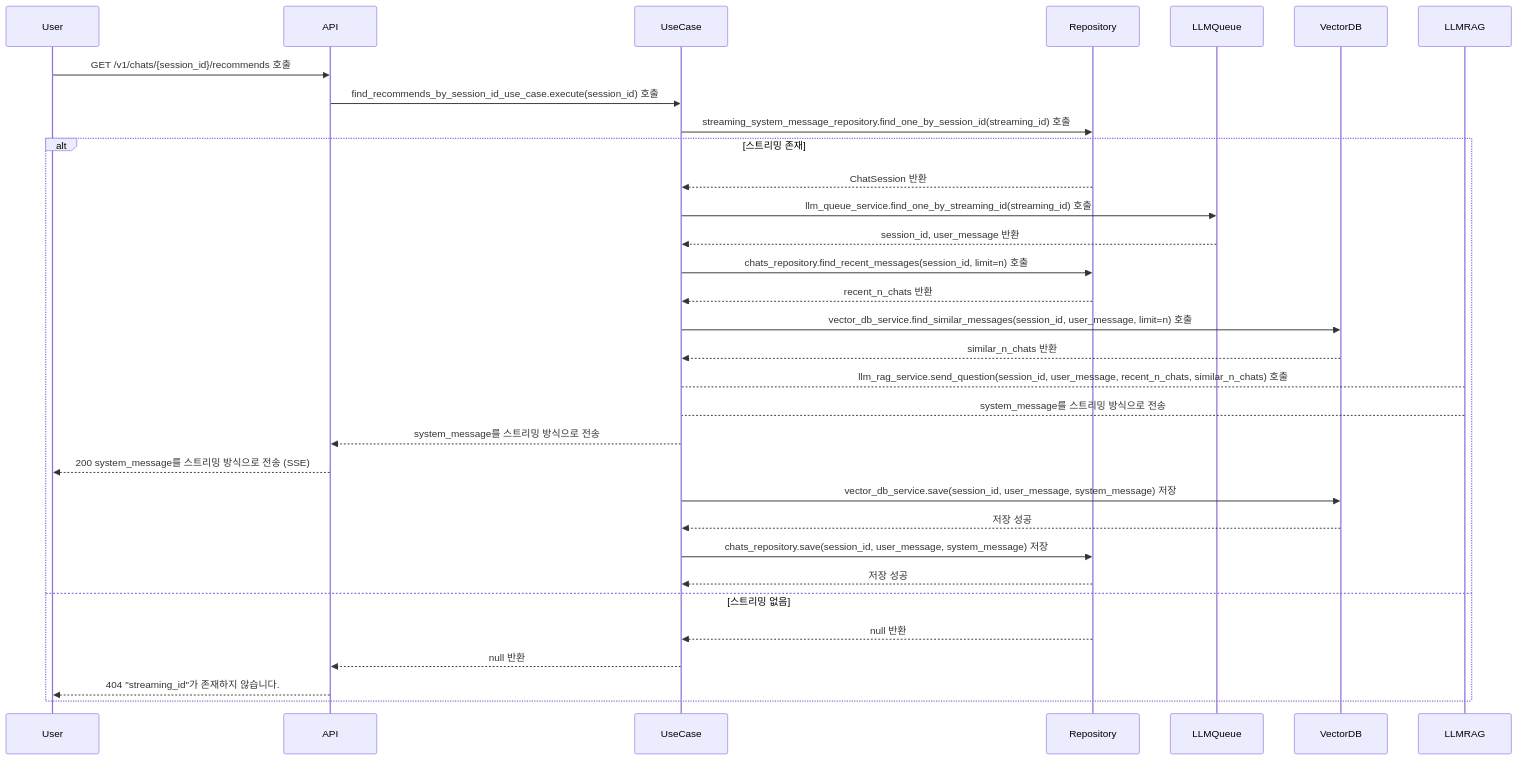
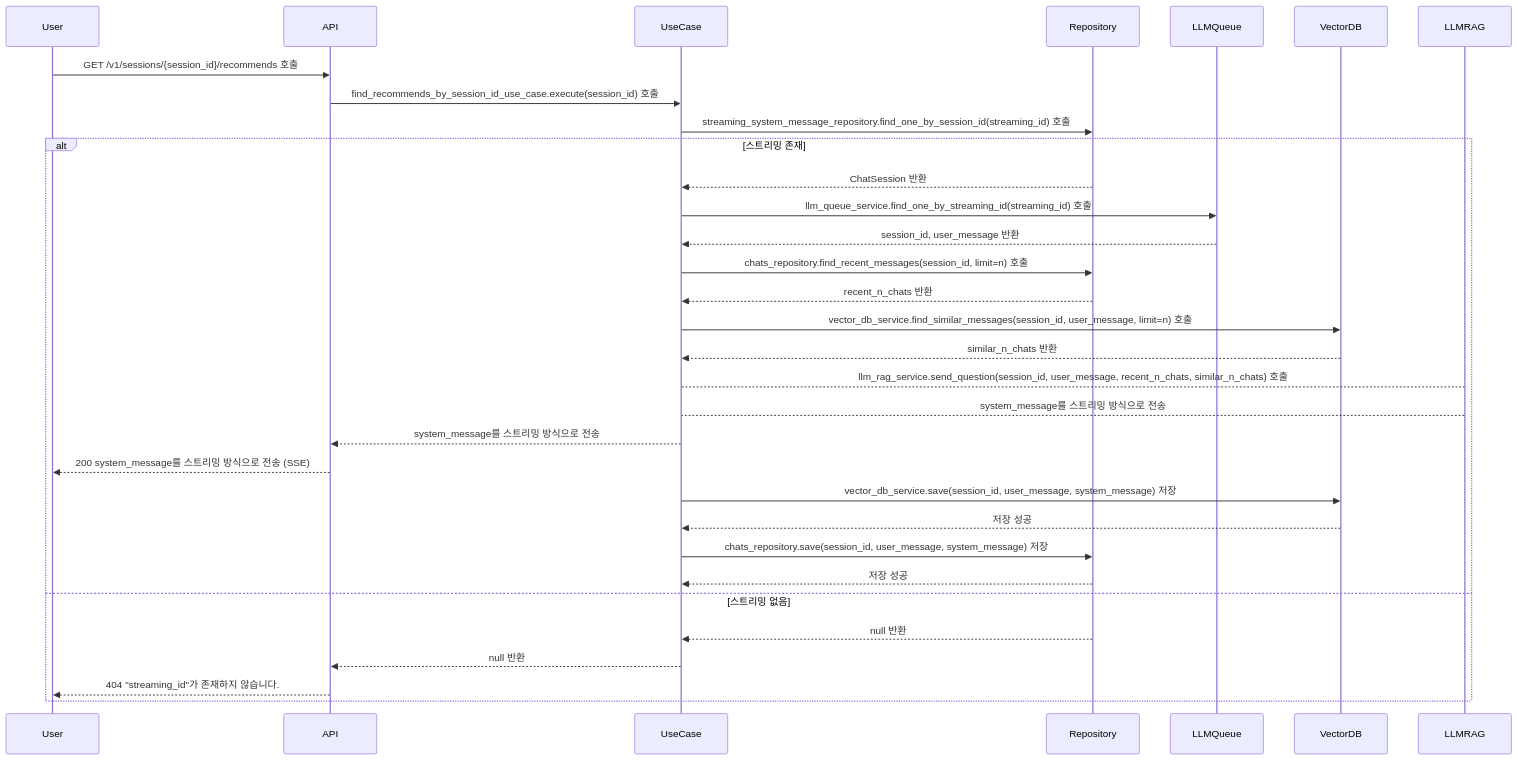
The fourth of 5 diagrams in README.md (JeHwanYoo/naver-smart-store-rag-chatbot), drawn with Mermaid before and after one commit. The commit also changed other lines of this file, not shown here.

First line of the commit message:
📝docs(README): API Path의 의미를 보다 명확히 정의

````diff
--- a/README.md
+++ b/README.md
@@ -263,27 +263,27 @@
 ```mermaid
 sequenceDiagram
-    User ->> API: GET /v1/chats/{session_id}/recommends 호출
+    User ->> API: GET /v1/sessions/{session_id}/recommends 호출
     API ->> UseCase: find_recommends_by_session_id_use_case.execute(session_id) 호출
     UseCase ->> Repository: streaming_system_message_repository.find_one_by_session_id(streaming_id) 호출
     alt 스트리밍 존재
         Repository -->> UseCase: ChatSession 반환
         UseCase ->> LLMQueue: llm_queue_service.find_one_by_streaming_id(streaming_id) 호출
         LLMQueue -->> UseCase: session_id, user_message 반환
         UseCase ->> Repository: chats_repository.find_recent_messages(session_id, limit=n) 호출
         Repository -->> UseCase: recent_n_chats 반환
         UseCase ->> VectorDB: vector_db_service.find_similar_messages(session_id, user_message, limit=n) 호출
         VectorDB -->> UseCase: similar_n_chats 반환
         UseCase --> LLMRAG: llm_rag_service.send_question(session_id, user_message, recent_n_chats, similar_n_chats) 호출
         LLMRAG --> UseCase: system_message를 스트리밍 방식으로 전송
         UseCase -->> API: system_message를 스트리밍 방식으로 전송
         API -->> User: 200 system_message를 스트리밍 방식으로 전송 (SSE)
         UseCase ->> VectorDB: vector_db_service.save(session_id, user_message, system_message) 저장
         VectorDB -->> UseCase: 저장 성공
         UseCase ->> Repository: chats_repository.save(session_id, user_message, system_message) 저장
         Repository -->> UseCase: 저장 성공
     else 스트리밍 없음
         Repository -->> UseCase: null 반환
         UseCase -->> API: null 반환
         API -->> User: 404 "streaming_id"가 존재하지 않습니다.
     end
 ```
````
